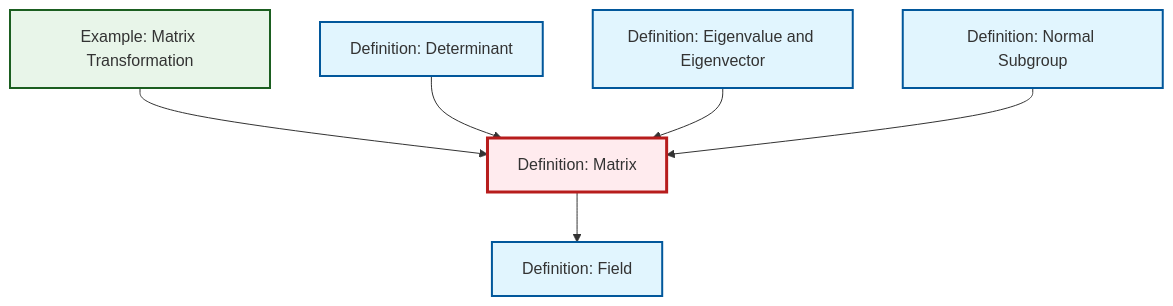
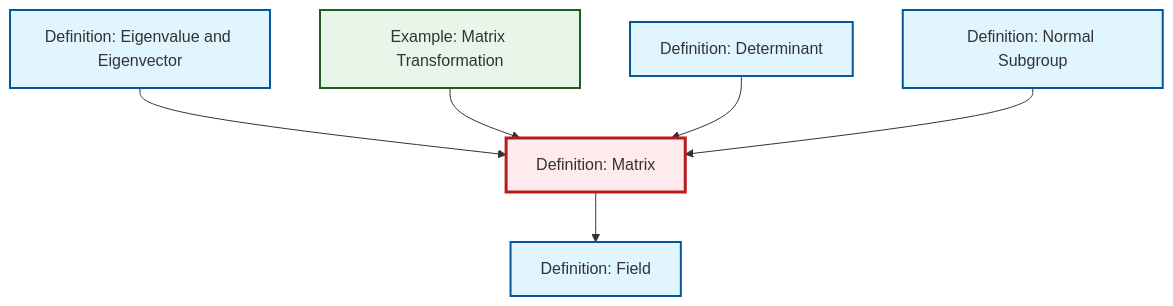
One commit to RK0429/ModernMath changed the diagram in content/ja/algebra/def-matrix.qmd. Above: the diagram before and after it, drawn with Mermaid. The commit also changed other lines of this file and 654 other files, not shown here.

````diff
--- a/content/ja/algebra/def-matrix.qmd
+++ b/content/ja/algebra/def-matrix.qmd
@@ -60,26 +60,26 @@
 ```{mermaid}
 %%| fig-cap: "Local dependency graph"
 graph TD
     classDef definition fill:#e1f5fe,stroke:#01579b,stroke-width:2px
     classDef theorem fill:#f3e5f5,stroke:#4a148c,stroke-width:2px
     classDef axiom fill:#fff3e0,stroke:#e65100,stroke-width:2px
     classDef example fill:#e8f5e9,stroke:#1b5e20,stroke-width:2px
     classDef current fill:#ffebee,stroke:#b71c1c,stroke-width:3px
+    ex-matrix-transformation["Example: Matrix Transformation"]:::example
+    def-field["Definition: Field"]:::definition
+    def-matrix["Definition: Matrix"]:::definition
+    def-determinant["Definition: Determinant"]:::definition
     def-eigenvalue-eigenvector["Definition: Eigenvalue and Eigenvector"]:::definition
     def-normal-subgroup["Definition: Normal Subgroup"]:::definition
-    def-field["Definition: Field"]:::definition
-    def-determinant["Definition: Determinant"]:::definition
-    def-matrix["Definition: Matrix"]:::definition
-    ex-matrix-transformation["Example: Matrix Transformation"]:::example
+    def-eigenvalue-eigenvector --> def-matrix
+    def-matrix --> def-field
     ex-matrix-transformation --> def-matrix
     def-determinant --> def-matrix
-    def-matrix --> def-field
-    def-eigenvalue-eigenvector --> def-matrix
     def-normal-subgroup --> def-matrix
     class def-matrix current
+    click ex-matrix-transformation "ex-matrix-transformation.html" "Example: Matrix Transformationへ"
+    click def-field "def-field.html" "Definition: Fieldへ"
+    click def-determinant "def-determinant.html" "Definition: Determinantへ"
     click def-eigenvalue-eigenvector "def-eigenvalue-eigenvector.html" "Definition: Eigenvalue and Eigenvectorへ"
     click def-normal-subgroup "def-normal-subgroup.html" "Definition: Normal Subgroupへ"
-    click def-field "def-field.html" "Definition: Fieldへ"
-    click def-determinant "def-determinant.html" "Definition: Determinantへ"
-    click ex-matrix-transformation "ex-matrix-transformation.html" "Example: Matrix Transformationへ"
 ```
````
